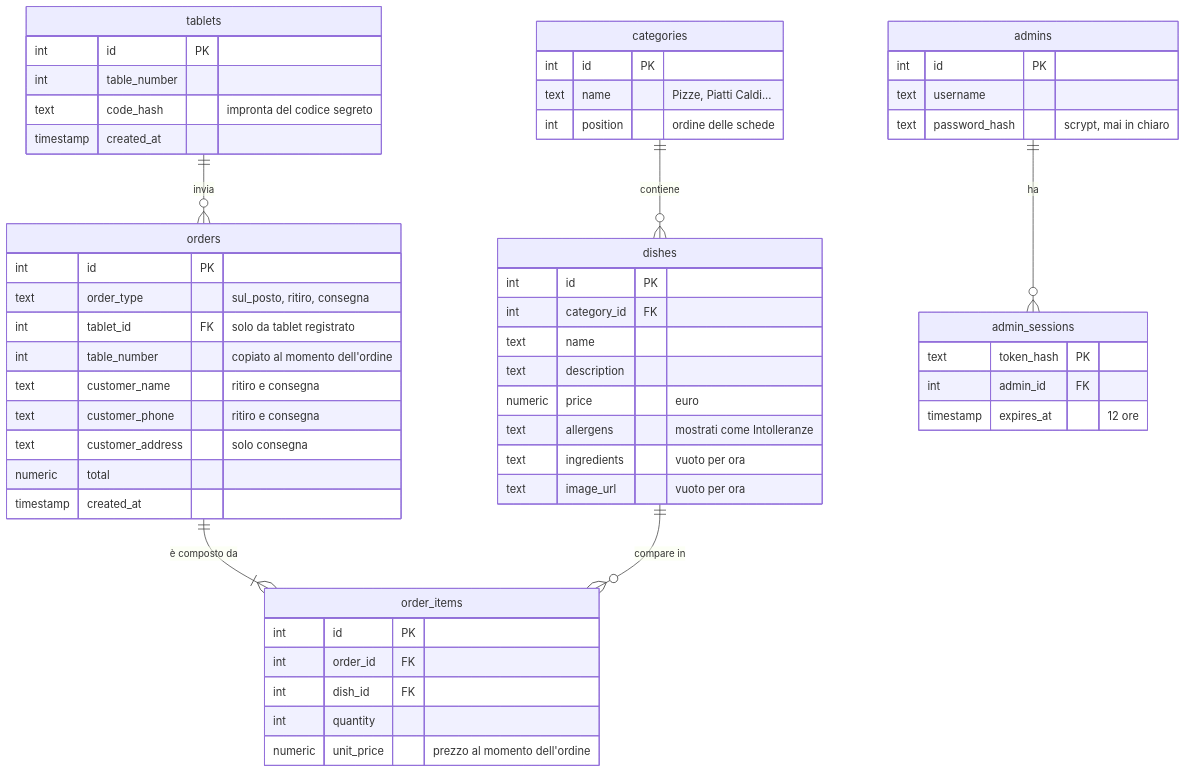
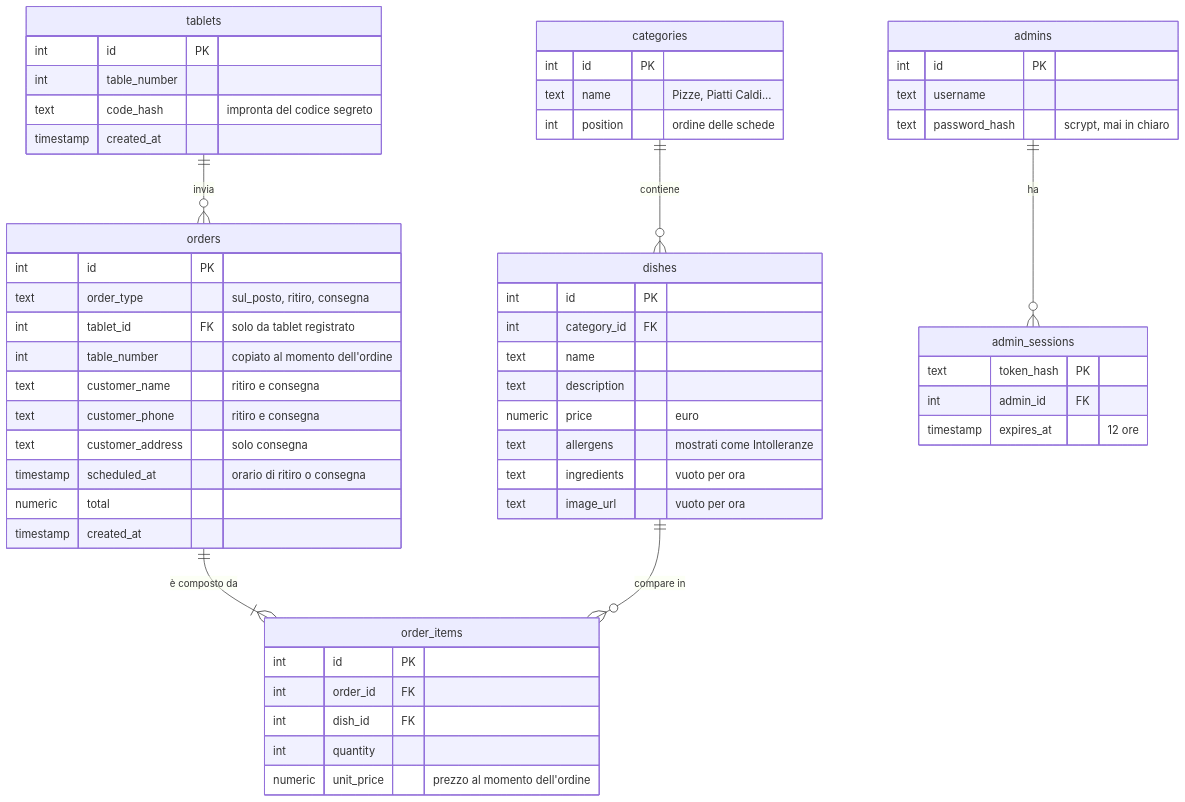
Before and after one commit to Josecontis/RestaurantManager: the fifth of 5 diagrams in doc/piano-server-database.md, drawn with Mermaid. The commit also changed other lines of this file and 7 other files, not shown here.

````diff
--- a/doc/piano-server-database.md
+++ b/doc/piano-server-database.md
@@ -83,57 +120,58 @@
 ```mermaid
 erDiagram
   categories ||--o{ dishes : "contiene"
   orders ||--|{ order_items : "è composto da"
   dishes ||--o{ order_items : "compare in"
   tablets ||--o{ orders : "invia"
   admins ||--o{ admin_sessions : "ha"
   categories {
     int id PK
     text name "Pizze, Piatti Caldi..."
     int position "ordine delle schede"
   }
   dishes {
     int id PK
     int category_id FK
     text name
     text description
     numeric price "euro"
     text allergens "mostrati come Intolleranze"
     text ingredients "vuoto per ora"
     text image_url "vuoto per ora"
   }
   tablets {
     int id PK
     int table_number
     text code_hash "impronta del codice segreto"
     timestamp created_at
   }
   orders {
     int id PK
     text order_type "sul_posto, ritiro, consegna"
     int tablet_id FK "solo da tablet registrato"
     int table_number "copiato al momento dell'ordine"
     text customer_name "ritiro e consegna"
     text customer_phone "ritiro e consegna"
     text customer_address "solo consegna"
+    timestamp scheduled_at "orario di ritiro o consegna"
     numeric total
     timestamp created_at
   }
   order_items {
     int id PK
     int order_id FK
     int dish_id FK
     int quantity
     numeric unit_price "prezzo al momento dell'ordine"
   }
   admins {
     int id PK
     text username
     text password_hash "scrypt, mai in chiaro"
   }
   admin_sessions {
     text token_hash PK
     int admin_id FK
     timestamp expires_at "12 ore"
   }
 ```
````
